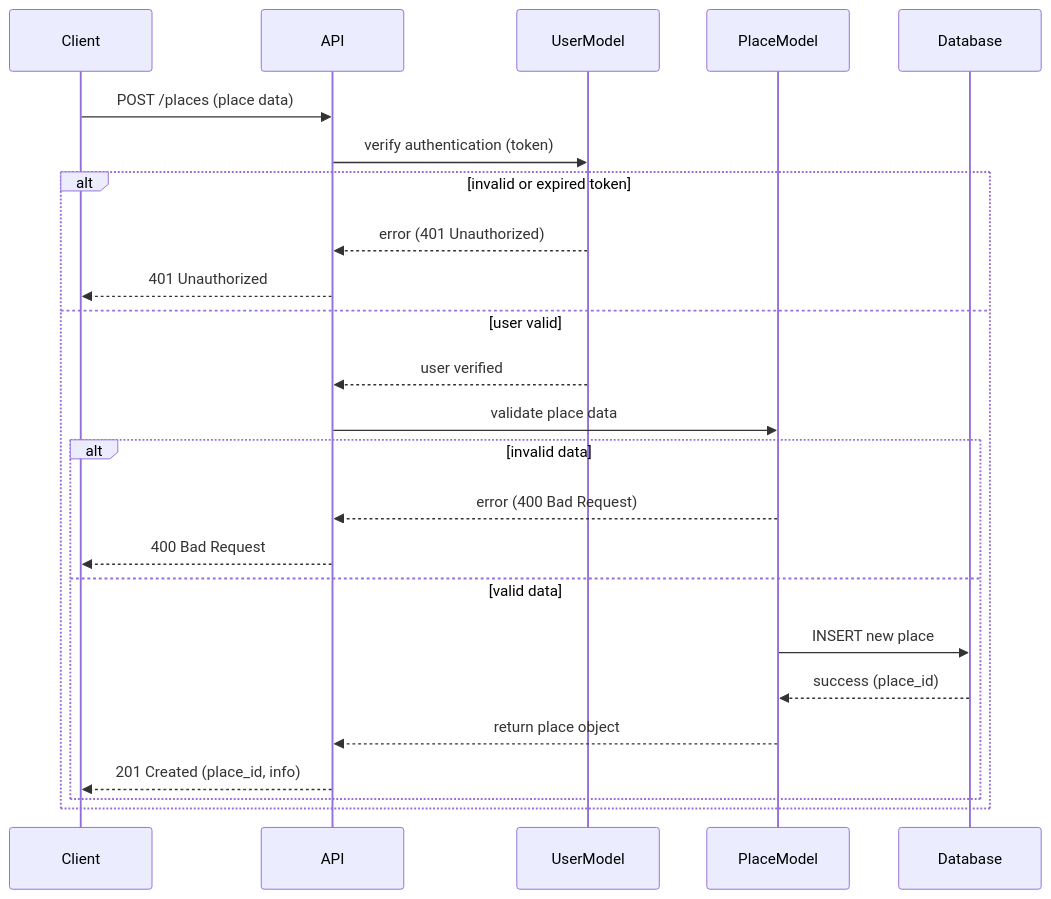
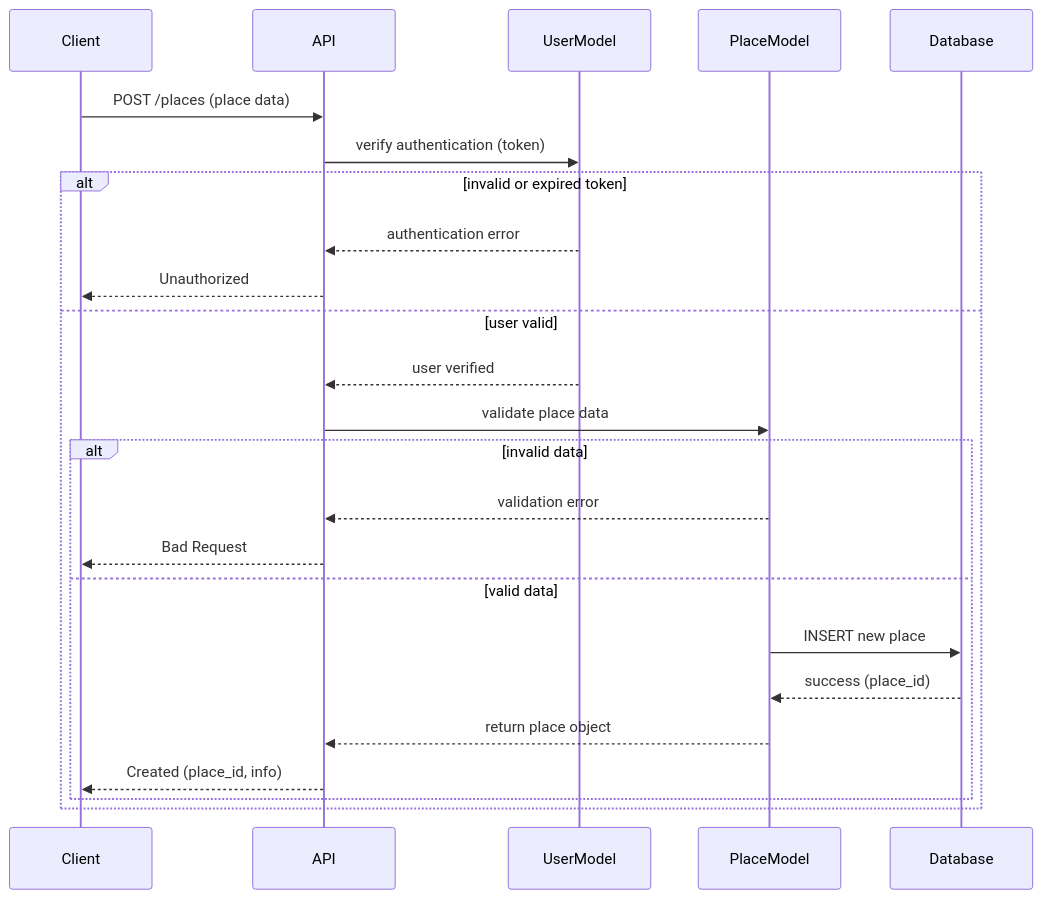
Before and after one commit to Krapaud/holbertonschool-hbnb: the diagram in part1/sequence_api_call_place.mmd, drawn with Mermaid. The commit also changed 42 other files, not shown here.

```diff
--- a/part1/sequence_api_call_place.mmd
+++ b/part1/sequence_api_call_place.mmd
@@ -1,25 +1,25 @@
 sequenceDiagram
 participant Client
 participant API
 participant UserModel
 participant PlaceModel
 participant Database
 
 Client->>API: POST /places (place data)
 API->>UserModel: verify authentication (token)
 alt invalid or expired token
-    UserModel-->>API: error (401 Unauthorized)
-    API-->>Client: 401 Unauthorized
+    UserModel-->>API: authentication error
+    API-->>Client: Unauthorized
 else user valid
     UserModel-->>API: user verified
     API->>PlaceModel: validate place data
     alt invalid data
-        PlaceModel-->>API: error (400 Bad Request)
-        API-->>Client: 400 Bad Request
+        PlaceModel-->>API: validation error
+        API-->>Client: Bad Request
     else valid data
         PlaceModel->>Database: INSERT new place
         Database-->>PlaceModel: success (place_id)
         PlaceModel-->>API: return place object
-        API-->>Client: 201 Created (place_id, info)
+        API-->>Client: Created (place_id, info)
     end
 end
```
